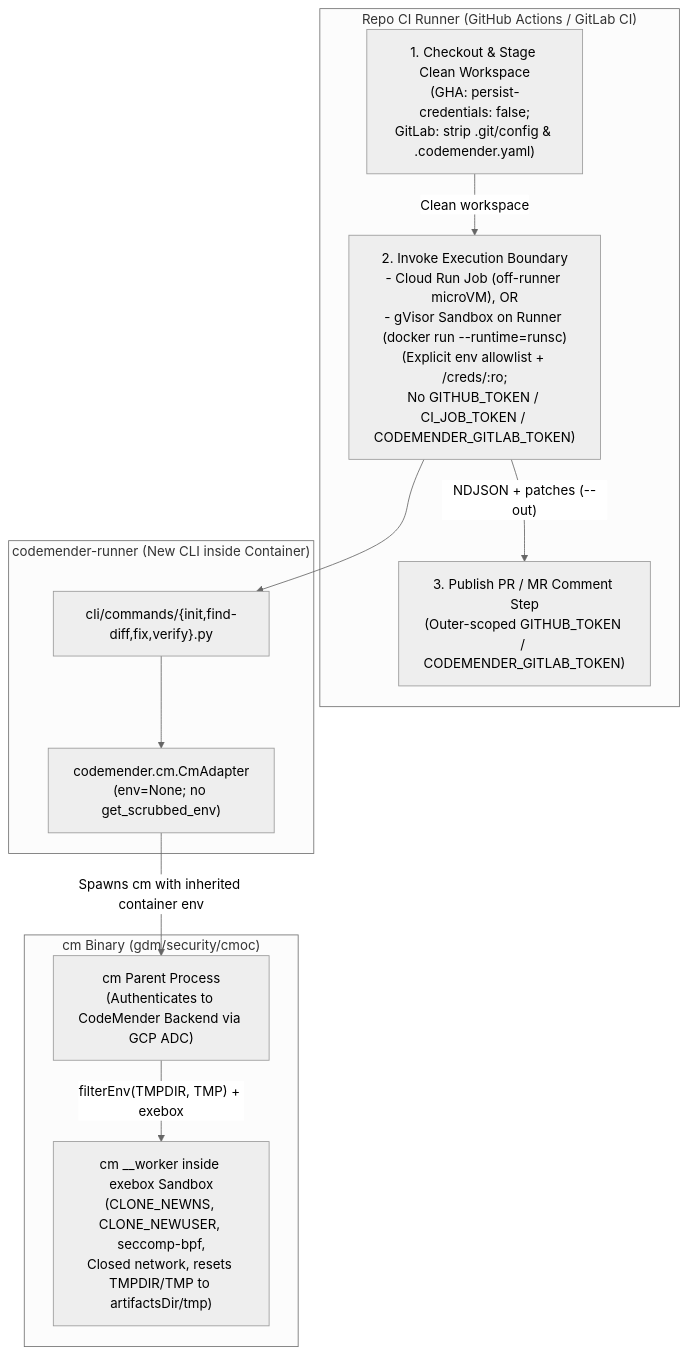
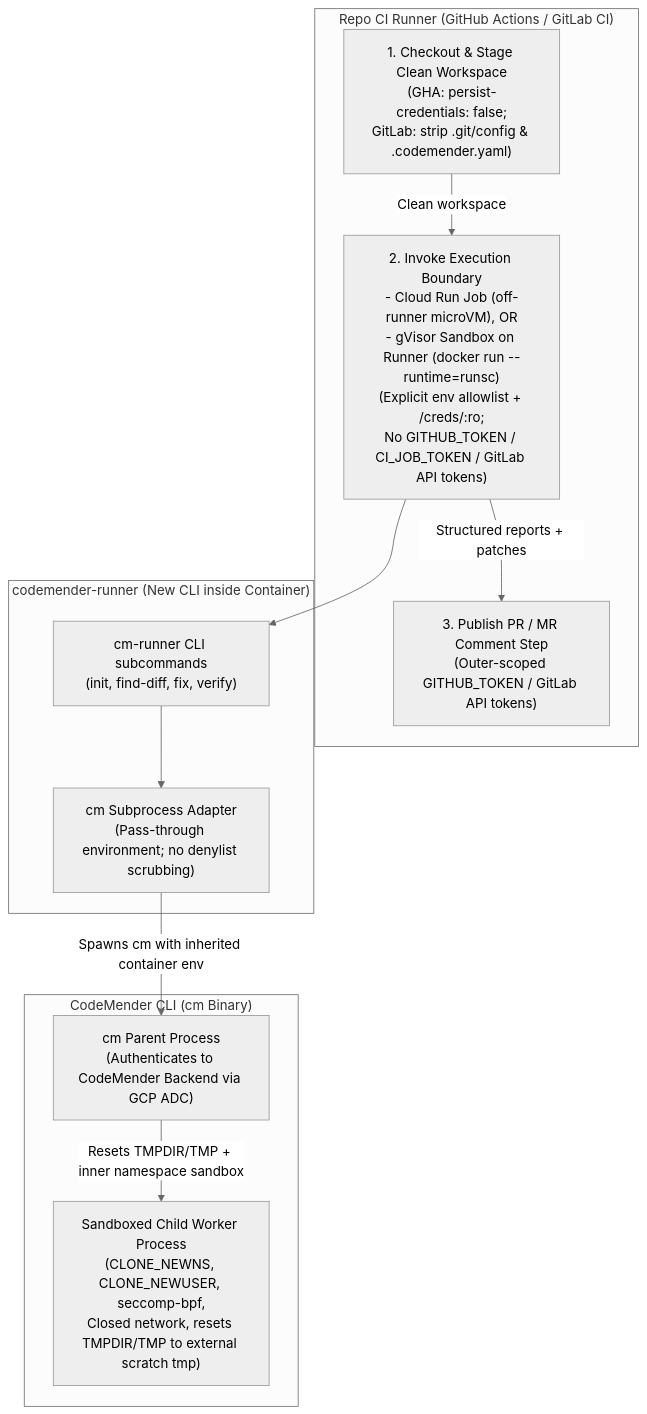
One commit to avnit/codemender-runner-mcp changed the diagram in docs/adr/ADR-0003-environment-scrubbing.md. Above: the diagram before and after it, drawn with Mermaid (neutral theme). The commit also changed other lines of this file and 14 other files, not shown here.

````diff
--- a/docs/adr/ADR-0003-environment-scrubbing.md
+++ b/docs/adr/ADR-0003-environment-scrubbing.md
@@ -315,25 +298,25 @@
 ```mermaid
 flowchart TD
     subgraph CI["Repo CI Runner (GitHub Actions / GitLab CI)"]
         step_checkout["1. Checkout & Stage Clean Workspace\n(GHA: persist-credentials: false;\nGitLab: strip .git/config & .codemender.yaml)"]
-        step_invoke["2. Invoke Execution Boundary\n- Cloud Run Job (off-runner microVM), OR\n- gVisor Sandbox on Runner (docker run --runtime=runsc)\n(Explicit env allowlist + /creds/:ro;\nNo GITHUB_TOKEN / CI_JOB_TOKEN / CODEMENDER_GITLAB_TOKEN)"]
-        step_publish["3. Publish PR / MR Comment Step\n(Outer-scoped GITHUB_TOKEN / CODEMENDER_GITLAB_TOKEN)"]
+        step_invoke["2. Invoke Execution Boundary\n- Cloud Run Job (off-runner microVM), OR\n- gVisor Sandbox on Runner (docker run --runtime=runsc)\n(Explicit env allowlist + /creds/:ro;\nNo GITHUB_TOKEN / CI_JOB_TOKEN / GitLab API tokens)"]
+        step_publish["3. Publish PR / MR Comment Step\n(Outer-scoped GITHUB_TOKEN / GitLab API tokens)"]
     end
 
     subgraph Runner["codemender-runner (New CLI inside Container)"]
-        cli["cli/commands/{init,find-diff,fix,verify}.py"]
-        adapter["codemender.cm.CmAdapter\n(env=None; no get_scrubbed_env)"]
+        cli["cm-runner CLI subcommands\n(init, find-diff, fix, verify)"]
+        adapter["cm Subprocess Adapter\n(Pass-through environment; no denylist scrubbing)"]
     end
 
-    subgraph CM["cm Binary (gdm/security/cmoc)"]
+    subgraph CM["CodeMender CLI (cm Binary)"]
         cm_parent["cm Parent Process\n(Authenticates to CodeMender Backend via GCP ADC)"]
-        cm_worker["cm __worker inside exebox Sandbox\n(CLONE_NEWNS, CLONE_NEWUSER, seccomp-bpf,\nClosed network, resets TMPDIR/TMP to artifactsDir/tmp)"]
+        cm_worker["Sandboxed Child Worker Process\n(CLONE_NEWNS, CLONE_NEWUSER, seccomp-bpf,\nClosed network, resets TMPDIR/TMP to external scratch tmp)"]
     end
 
     step_checkout -->|"Clean workspace"| step_invoke
     step_invoke --> cli
     cli --> adapter
     adapter -->|"Spawns cm with inherited container env"| cm_parent
-    cm_parent -->|"filterEnv(TMPDIR, TMP) + exebox"| cm_worker
-    step_invoke -->|"NDJSON + patches (--out)"| step_publish
+    cm_parent -->|"Resets TMPDIR/TMP + inner namespace sandbox"| cm_worker
+    step_invoke -->|"Structured reports + patches"| step_publish
 ```
````
